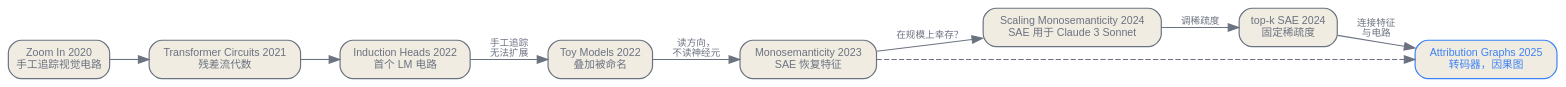
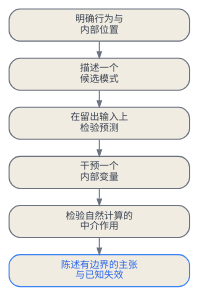
One commit to latere-ai/ai-as-an-infrastructure changed the diagram in zh/safety/01-mechanistic-interpretability.qmd. Above: the diagram before and after it, drawn with Graphviz. The commit also changed other lines of this file and 5 other files, not shown here.

````diff
--- a/zh/safety/01-mechanistic-interpretability.qmd
+++ b/zh/safety/01-mechanistic-interpretability.qmd
@@ -129,27 +18,20 @@
 ```{dot}
-//| label: fig-interpretability-lineage
-//| fig-cap: "机械可解释性的路线，从手工追踪的电路，经学习出的特征，到因果归因图。每个箭头标出逼出下一步的那个极限。"
-digraph lineage {
-  rankdir=LR;
+//| label: fig-interpretability-evidence
+//| fig-cap: "一项有范围的机制主张需要逐级积累证据。每一级都要经过新的验证，因此，一个易懂的标签本身不能证明机制。"
+digraph evidence {
+  rankdir=TB;
   bgcolor="transparent";
-  node [shape=box, style="rounded,filled", fontname="Helvetica", fontsize=10, color="#6b7280", fontcolor="#6b7280", fillcolor="#f1ece1", penwidth=1.1];
-  edge [fontname="Helvetica", fontsize=9, color="#6b7280", fontcolor="#6b7280"];
+  graph [nodesep=0.16, ranksep=0.22, pad=0.04];
+  node [shape=box, style="rounded,filled", width=2.35, height=0.42, fixedsize=true, fontname="Helvetica", fontsize=9, color="#6b7280", fontcolor="#374151", fillcolor="#f1ece1", penwidth=1.0];
+  edge [color="#6b7280", arrowsize=0.58, penwidth=1.0];
 
-  zoomin [label="Zoom In 2020\n手工追踪视觉电路"];
-  framework [label="Transformer Circuits 2021\n残差流代数"];
-  induction [label="Induction Heads 2022\n首个 LM 电路"];
-  toymodels [label="Toy Models 2022\n叠加被命名"];
-  sae [label="Monosemanticity 2023\nSAE 恢复特征"];
-  scaling [label="Scaling Monosemanticity 2024\nSAE 用于 Claude 3 Sonnet"];
-  topk [label="top-k SAE 2024\n固定稀疏度"];
-  attrib [label="Attribution Graphs 2025\n转码器，因果图", color="#3b82f6", fontcolor="#3b82f6"];
+  scope [label="明确行为与\n内部位置"];
+  describe [label="描述一个\n候选模式"];
+  predict [label="在留出输入上\n检验预测"];
+  intervene [label="干预一个\n内部变量"];
+  mediate [label="检验自然计算的\n中介作用"];
+  claim [label="陈述有边界的主张\n与已知失效", color="#3b82f6", fontcolor="#2563eb"];
 
-  zoomin -> framework -> induction;
-  induction -> toymodels [label="手工追踪\n无法扩展"];
-  toymodels -> sae [label="读方向，\n不读神经元"];
-  sae -> scaling [label="在规模上幸存？"];
-  scaling -> topk [label="调稀疏度"];
-  topk -> attrib [label="连接特征\n与电路"];
-  sae -> attrib [style=dashed];
+  scope -> describe -> predict -> intervene -> mediate -> claim;
 }
 ```
````
